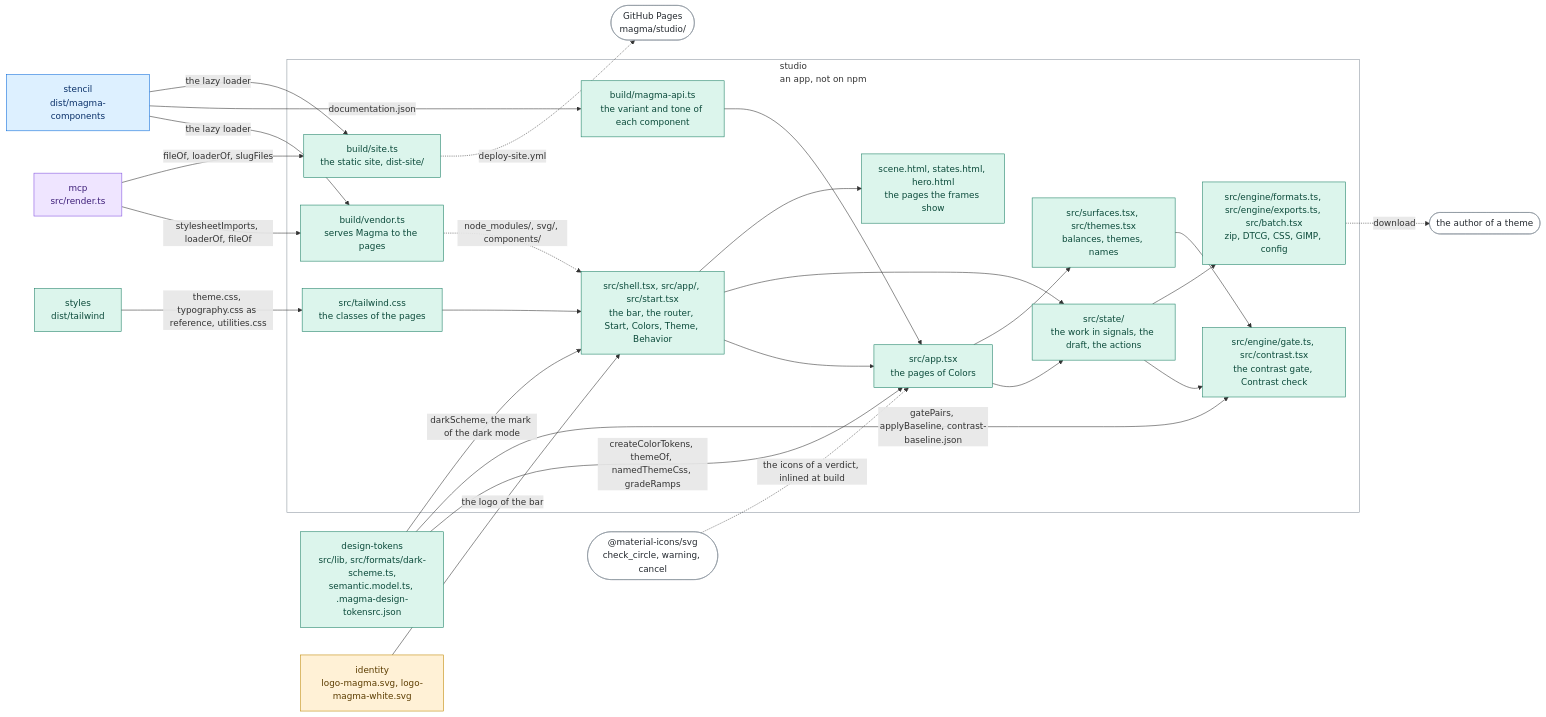
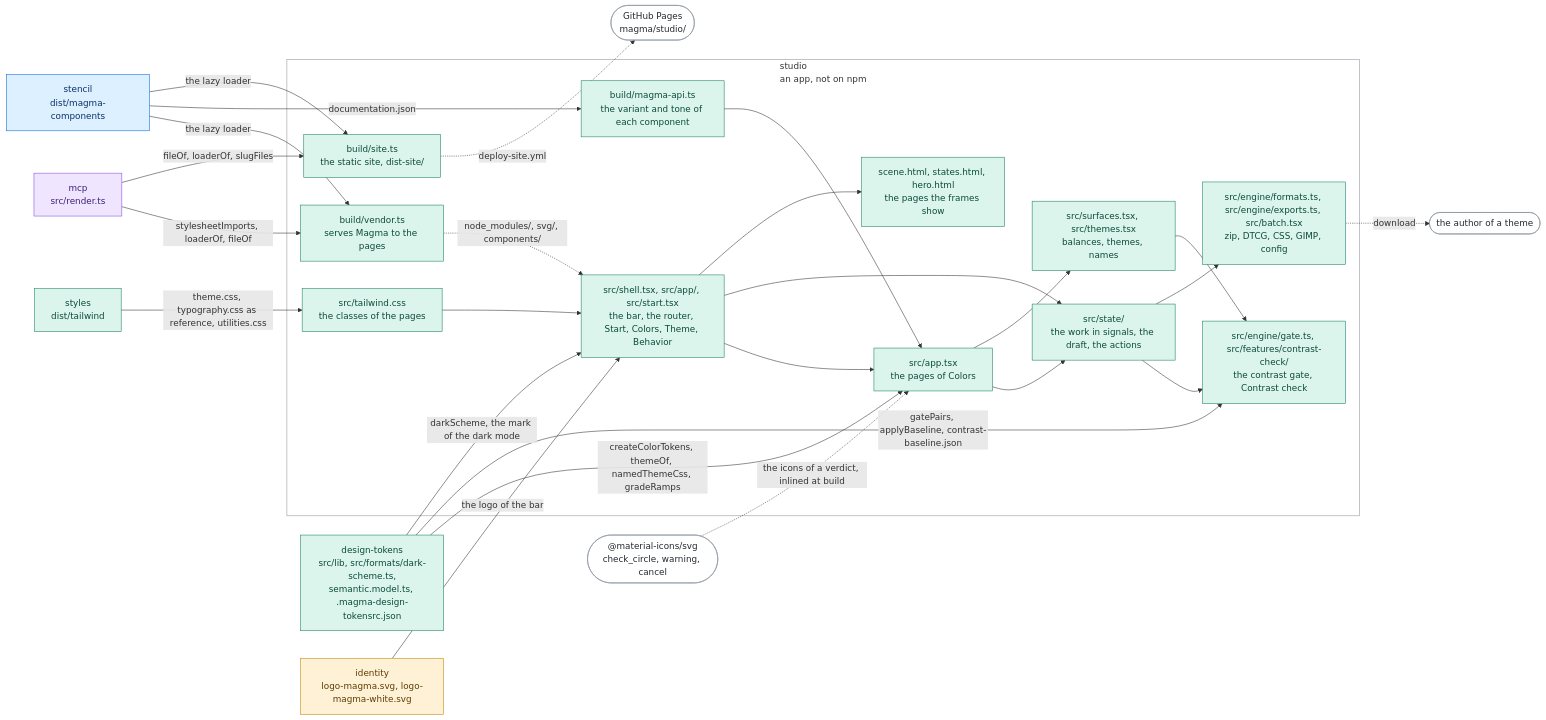
Before and after one commit to magma-design-system/magma: the diagram in projects/studio/README.md, drawn with Mermaid. The commit also changed other lines of this file and 26 other files, not shown here.

````diff
--- a/projects/studio/README.md
+++ b/projects/studio/README.md
@@ -387,58 +390,58 @@
 ```mermaid
 flowchart LR
   DT["design-tokens<br/>src/lib, src/formats/dark-scheme.ts,<br/>semantic.model.ts, .magma-design-tokensrc.json"]
   MCP["mcp<br/>src/render.ts"]
   WC["stencil<br/>dist/magma-components"]
   ID["identity<br/>logo-magma.svg, logo-magma-white.svg"]
   ST["styles<br/>dist/tailwind"]
   subgraph stu["studio<br/>an app, not on npm"]
     SHELL["src/shell.tsx, src/app/, src/start.tsx<br/>the bar, the router, Start, Colors, Theme, Behavior"]
     STATE["src/state/<br/>the work in signals, the draft, the actions"]
     APP["src/app.tsx<br/>the pages of Colors"]
     SURF["src/surfaces.tsx, src/themes.tsx<br/>balances, themes, names"]
-    GATE["src/engine/gate.ts, src/contrast.tsx<br/>the contrast gate, Contrast check"]
+    GATE["src/engine/gate.ts, src/features/contrast-check/<br/>the contrast gate, Contrast check"]
     OUT["src/engine/formats.ts, src/engine/exports.ts, src/batch.tsx<br/>zip, DTCG, CSS, GIMP, config"]
     VEN["build/vendor.ts<br/>serves Magma to the pages"]
     API["build/magma-api.ts<br/>the variant and tone of each component"]
     SITE["build/site.ts<br/>the static site, dist-site/"]
     SCENE["scene.html, states.html, hero.html<br/>the pages the frames show"]
     TW["src/tailwind.css<br/>the classes of the pages"]
     SHELL --> APP
     SHELL --> STATE
     SHELL --> SCENE
     APP --> STATE
     APP --> SURF
     STATE --> GATE
     STATE --> OUT
     SURF --> GATE
     API --> APP
     TW --> SHELL
   end
   DT -->|"createColorTokens, themeOf, namedThemeCss, gradeRamps"| APP
   DT -->|"gatePairs, applyBaseline, contrast-baseline.json"| GATE
   DT -->|"darkScheme, the mark of the dark mode"| SHELL
   MCP -->|"stylesheetImports, loaderOf, fileOf"| VEN
   MCP -->|"fileOf, loaderOf, slugFiles"| SITE
   WC -->|"the lazy loader"| VEN
   WC -->|"documentation.json"| API
   WC -->|"the lazy loader"| SITE
   ID -->|"the logo of the bar"| SHELL
   ST -->|"theme.css, typography.css as reference, utilities.css"| TW
   VEN -.->|"node_modules/, svg/, components/"| SHELL
   SITE -.->|"deploy-site.yml"| PAGES(["GitHub Pages<br/>magma/studio/"])
   OUT -.->|"download"| AUTHOR(["the author of a theme"])
   MI(["@material-icons/svg<br/>check_circle, warning, cancel"]) -.->|"the icons of a verdict, inlined at build"| APP
   class DT,ST,APP,STATE,SURF,GATE,OUT,SHELL,VEN,API,SITE,SCENE,TW visual
   class MCP ai
   class WC components
   class ID assets
   class AUTHOR,PAGES,MI outside
   class stu area
   classDef ai fill:#efe5ff,stroke:#8250df,color:#3e1f79
   classDef assets fill:#fff1d6,stroke:#bf8700,color:#5c3d00
   classDef visual fill:#dcf5ec,stroke:#1a7f64,color:#0b4a3a
   classDef components fill:#ddf0ff,stroke:#0969da,color:#0a3069
   classDef tooling fill:#eceff3,stroke:#57606a,color:#24292f
   classDef outside fill:#ffffff,stroke:#8c959f,color:#24292f
   classDef area fill:none,stroke:#8c959f
 ```
````
